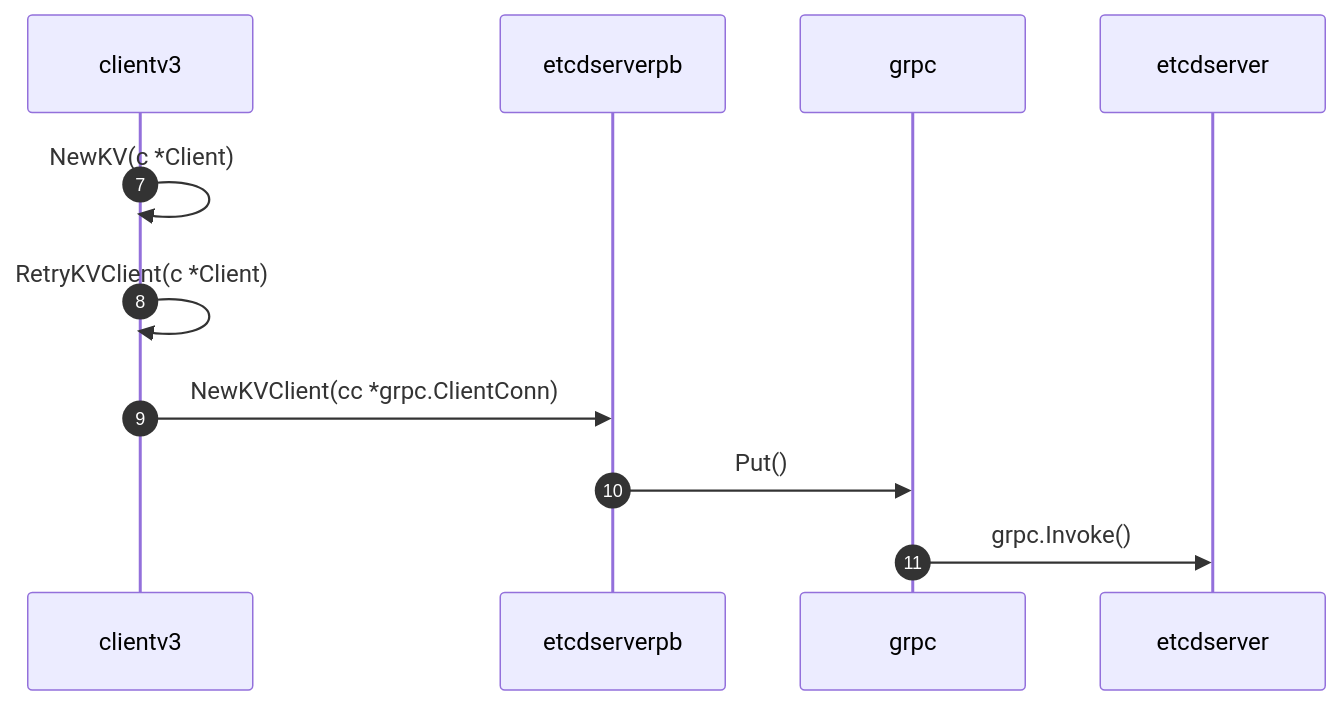
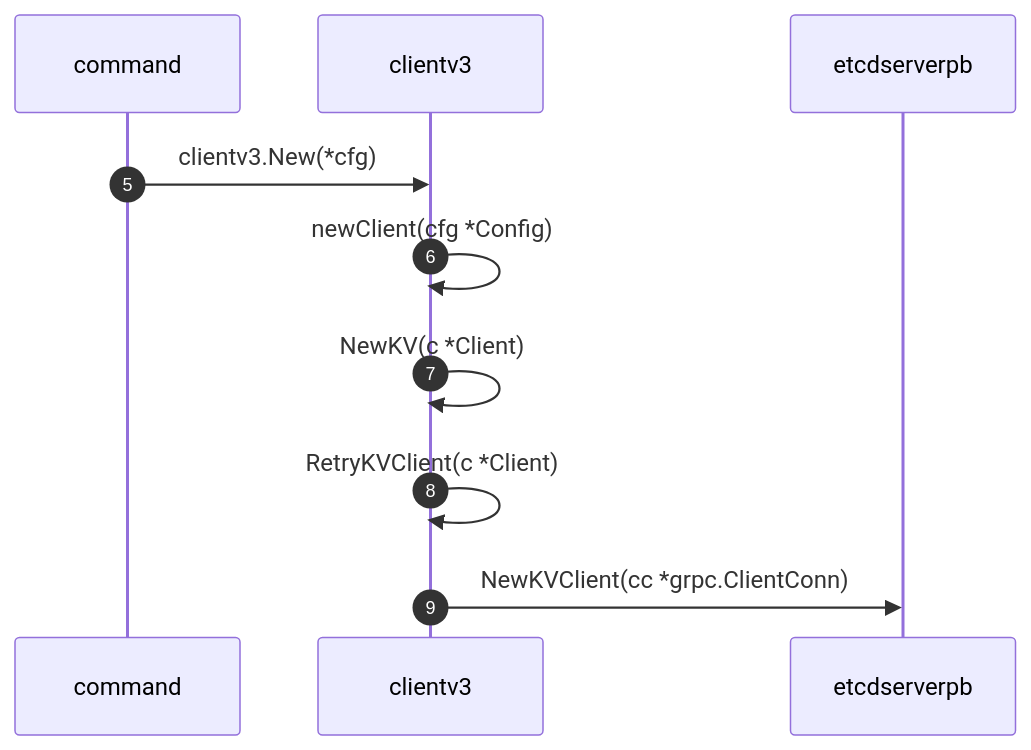
One commit to kangxiaoning/kangxiaoning.github.io changed the eighth of 12 diagrams in docs/topics/etcd/etcd-watch.md. Above: the diagram before and after it, drawn with Mermaid. The commit also changed other lines of this file, not shown here.

````diff
--- a/docs/topics/etcd/etcd-watch.md
+++ b/docs/topics/etcd/etcd-watch.md
@@ -1499,9 +1496,9 @@
 ```mermaid
 sequenceDiagram
-    autonumber 7
+    autonumber 5
+    command->>clientv3: clientv3.New(*cfg)
+    clientv3->>clientv3: newClient(cfg *Config)
     clientv3->>clientv3: NewKV(c *Client)
     clientv3->>clientv3: RetryKVClient(c *Client)
     clientv3->>etcdserverpb: NewKVClient(cc *grpc.ClientConn)
-    etcdserverpb->>grpc: Put()
-    grpc->>etcdserver: grpc.Invoke()
 ```
````
